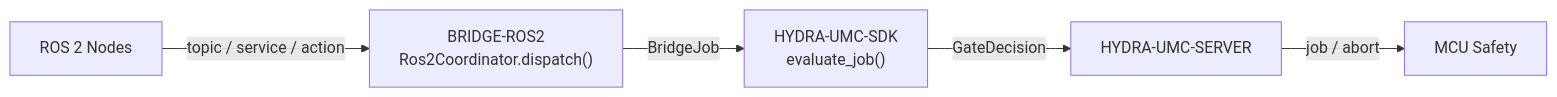
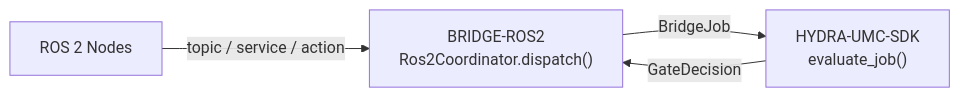
Before and after one commit to JuanenRac/HYDRA-UMC-BRIDGE-ROS2: the diagram in README.md, drawn with Mermaid. The commit also changed other lines of this file and 19 other files, not shown here.

````diff
--- a/README.md
+++ b/README.md
@@ -49,7 +50,6 @@
 ```mermaid
 flowchart LR
     ROS["ROS 2 Nodes"] -- "topic / service / action" --> BRIDGE["BRIDGE-ROS2<br/>Ros2Coordinator.dispatch()"]
     BRIDGE -- BridgeJob --> SDK["HYDRA-UMC-SDK<br/>evaluate_job()"]
-    SDK -- GateDecision --> SERVER["HYDRA-UMC-SERVER"]
-    SERVER -- "job / abort" --> MCU["MCU Safety"]
+    SDK -- GateDecision --> BRIDGE
 ```
````
